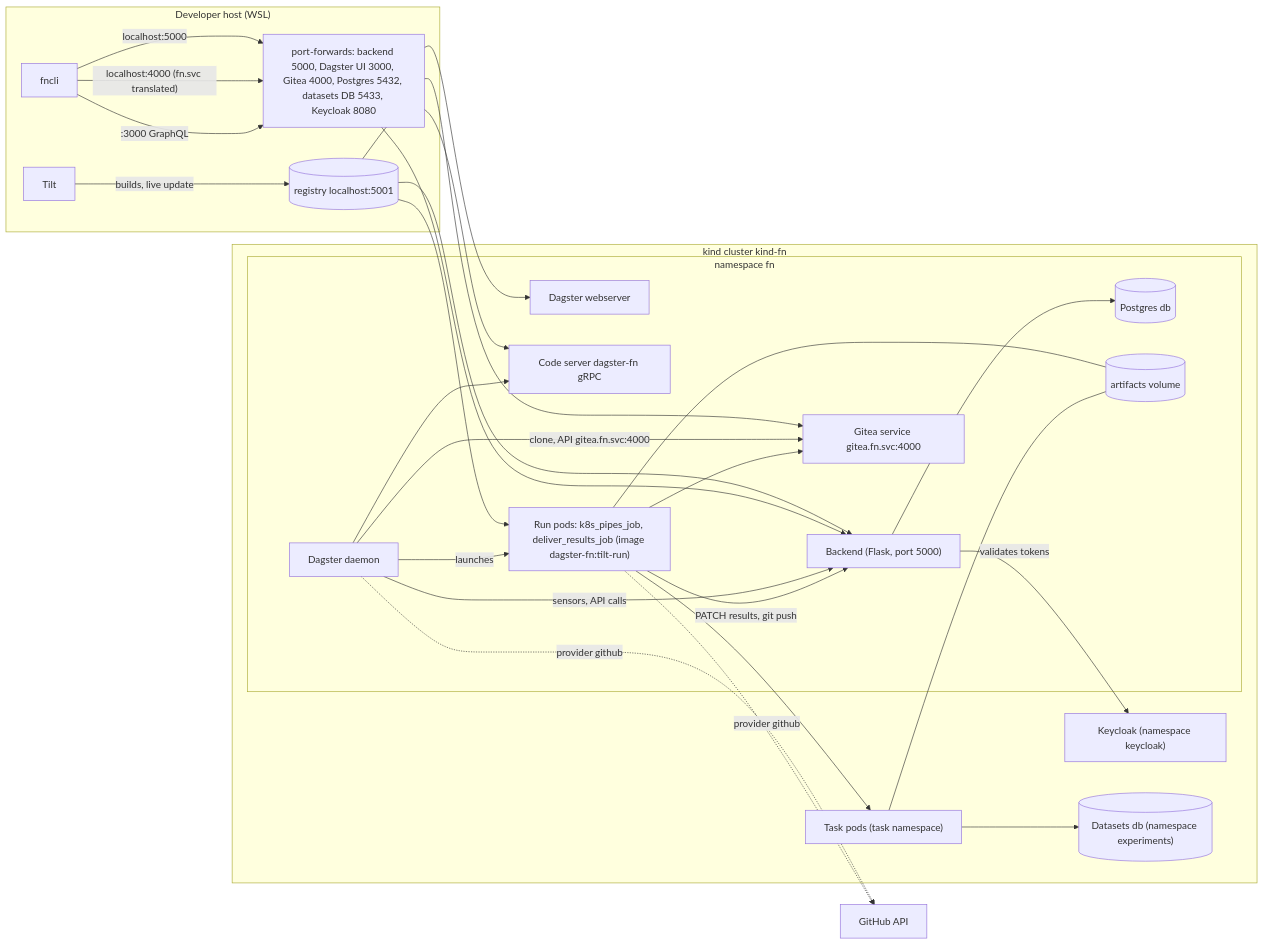
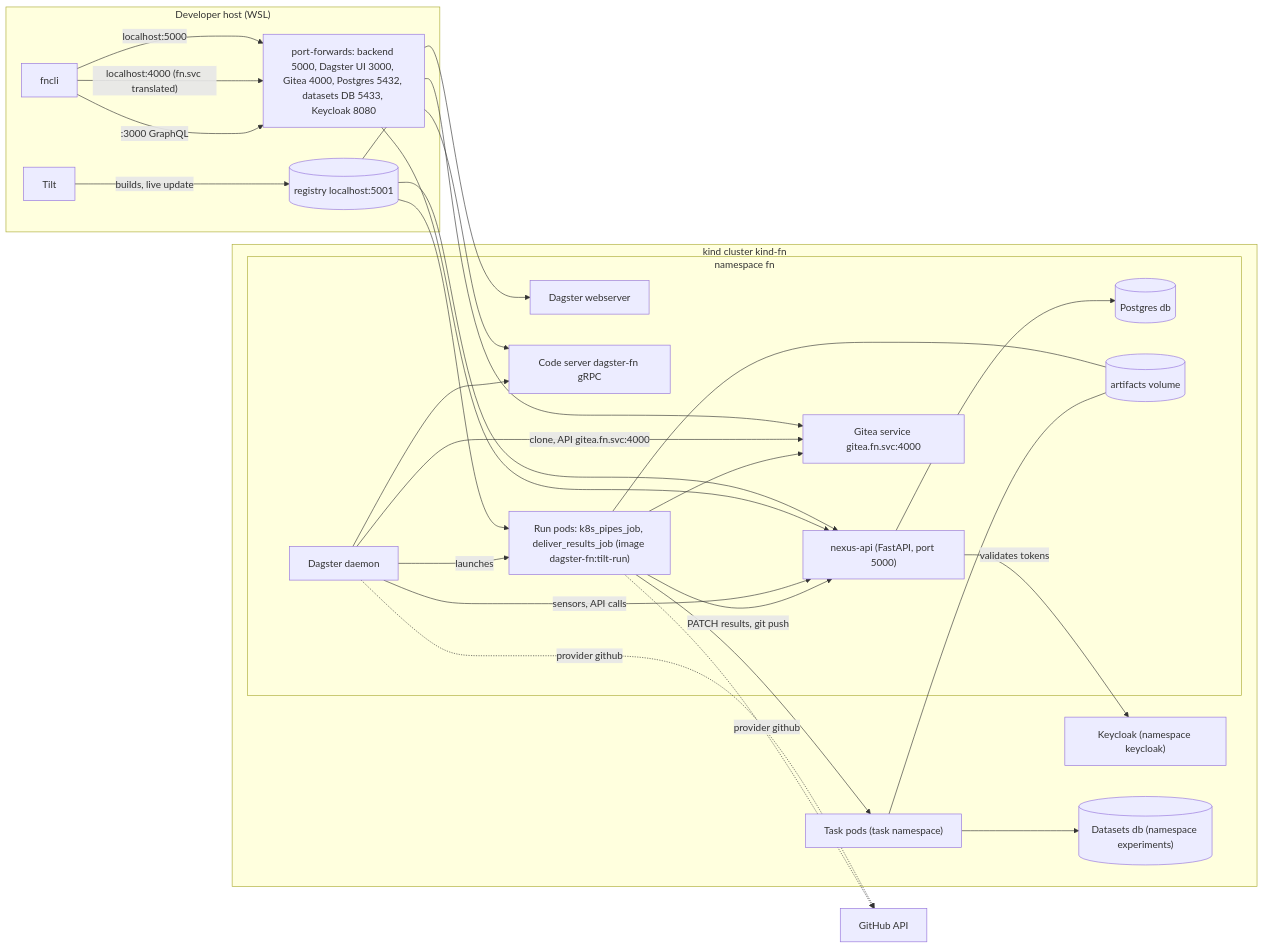
Before and after one commit to Aridhia-Open-Source/PHEMS_federated_node: the third of 3 diagrams in docs/architecture/flows.md, drawn with Mermaid. The commit also changed 51 other files, not shown here.

Commit message:
Docs: ADR 0023 FastAPI replaces Flask; ADR 0021 renamed; nexus-api throughout

````diff
--- a/docs/architecture/flows.md
+++ b/docs/architecture/flows.md
@@ -103,50 +103,50 @@
 ```mermaid
 flowchart LR
     subgraph Host["Developer host (WSL)"]
         FN["fncli"]
         TILT[Tilt]
         REG[("registry localhost:5001")]
         FWD["port-forwards: backend 5000, Dagster UI 3000, Gitea 4000, Postgres 5432, datasets DB 5433, Keycloak 8080"]
     end
     subgraph Kind["kind cluster kind-fn"]
         subgraph FNNS["namespace fn"]
-            BE["Backend (Flask, port 5000)"]
+            BE["nexus-api (FastAPI, port 5000)"]
             DB[(Postgres db)]
             GITEA["Gitea service gitea.fn.svc:4000"]
             DWS[Dagster webserver]
             DD[Dagster daemon]
             CS["Code server dagster-fn gRPC"]
             RUN["Run pods: k8s_pipes_job, deliver_results_job (image dagster-fn:tilt-run)"]
             VOL[("artifacts volume")]
         end
         TNS["Task pods (task namespace)"]
         KC["Keycloak (namespace keycloak)"]
         DDB[("Datasets db (namespace experiments)")]
     end
     EXT[GitHub API]
 
     TILT -->|builds, live update| REG
     REG --> BE
     REG --> CS
     REG --> RUN
     FN -->|"localhost:5000"| FWD
     FN -->|"localhost:4000 (fn.svc translated)"| FWD
     FN -->|":3000 GraphQL"| FWD
     FWD --> BE
     FWD --> GITEA
     FWD --> DWS
     BE --> DB
     BE -->|validates tokens| KC
     DD -->|"sensors, API calls"| BE
     DD -->|"clone, API gitea.fn.svc:4000"| GITEA
     DD -->|launches| RUN
     DD --> CS
     RUN -->|"PATCH results, git push"| BE
     RUN --> GITEA
     RUN --> TNS
     RUN --- VOL
     TNS --- VOL
     TNS --> DDB
     DD -.->|"provider github"| EXT
     RUN -.->|"provider github"| EXT
 ```
````
